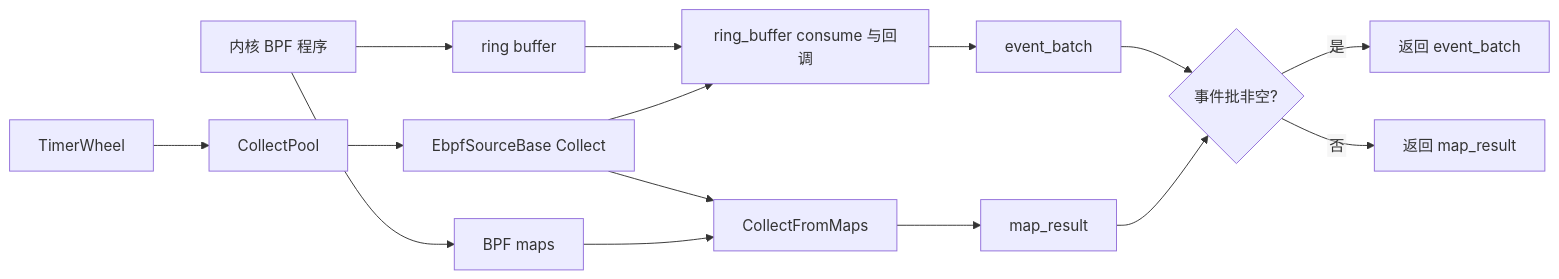
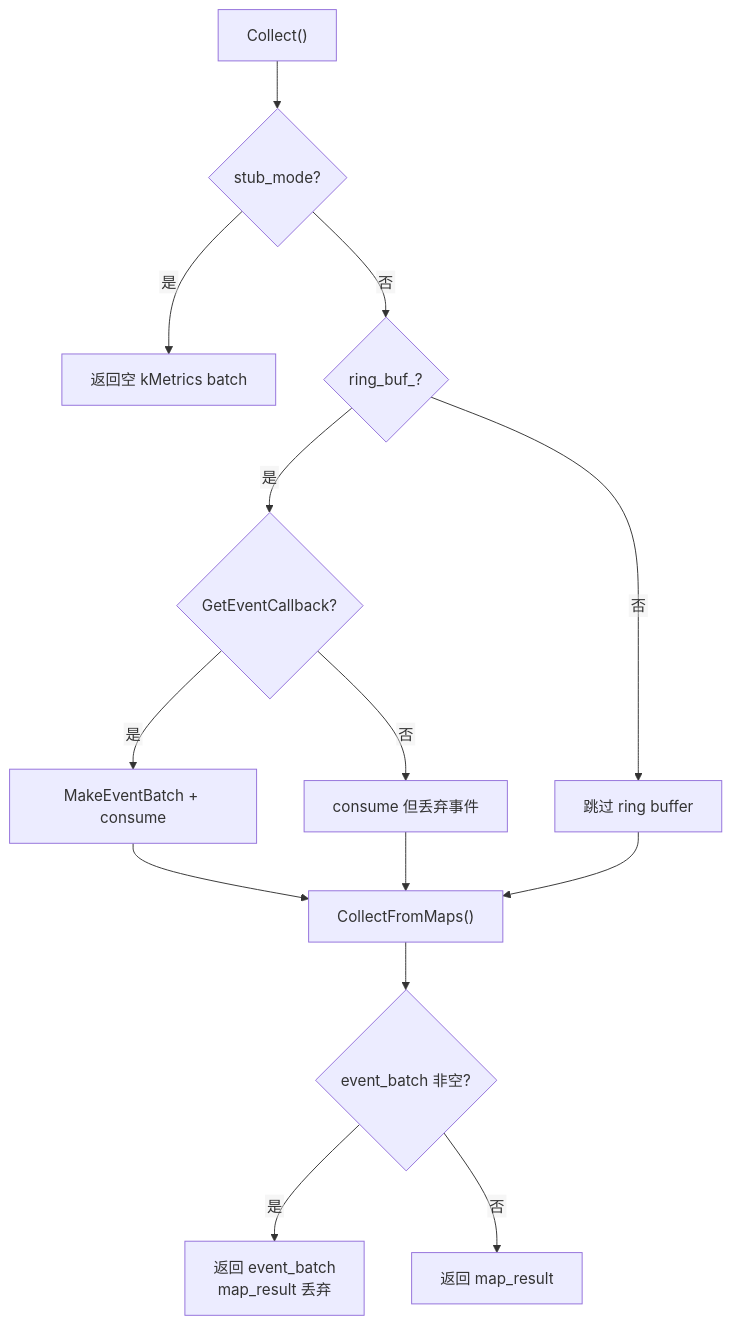
One commit to Franch-Toast/Scriptorium changed the third of 3 diagrams in docs/document/撰修司/illuminator性能监控平台/设计方案/07-ebpf-sdk.md. Above: the diagram before and after it, drawn with Mermaid. The commit also changed other lines of this file and 20 other files, not shown here.

````diff
--- a/docs/document/撰修司/illuminator性能监控平台/设计方案/07-ebpf-sdk.md
+++ b/docs/document/撰修司/illuminator性能监控平台/设计方案/07-ebpf-sdk.md
@@ -84,18 +152,17 @@
 ```mermaid
 %%{init: {"flowchart":{"useMaxWidth":false,"htmlLabels":false}}}%%
-flowchart LR
-    K[内核 BPF 程序] --> R[ring buffer]
-    K --> M[BPF maps]
-    T[TimerWheel] --> C[CollectPool]
-    C --> B[EbpfSourceBase Collect]
-    R --> E[ring_buffer consume 与回调]
-    B --> E
-    E --> EB[event_batch]
-    B --> CM[CollectFromMaps]
-    M --> CM
-    CM --> MB[map_result]
-    EB --> SEL{事件批非空?}
-    MB --> SEL
-    SEL -- 是 --> OE[返回 event_batch]
-    SEL -- 否 --> OM[返回 map_result]
+flowchart TD
+    A["Collect()"] --> B{"stub_mode?"}
+    B -- 是 --> C["返回空 kMetrics batch"]
+    B -- 否 --> D{"ring_buf_?"}
+    D -- 是 --> E{"GetEventCallback?"}
+    E -- 是 --> F["MakeEventBatch + consume"]
+    E -- 否 --> G["consume 但丢弃事件"]
+    D -- 否 --> H["跳过 ring buffer"]
+    F --> I["CollectFromMaps()"]
+    G --> I
+    H --> I
+    I --> J{"event_batch 非空?"}
+    J -- 是 --> K["返回 event_batch<br/>map_result 丢弃"]
+    J -- 否 --> L["返回 map_result"]
 ```
````
